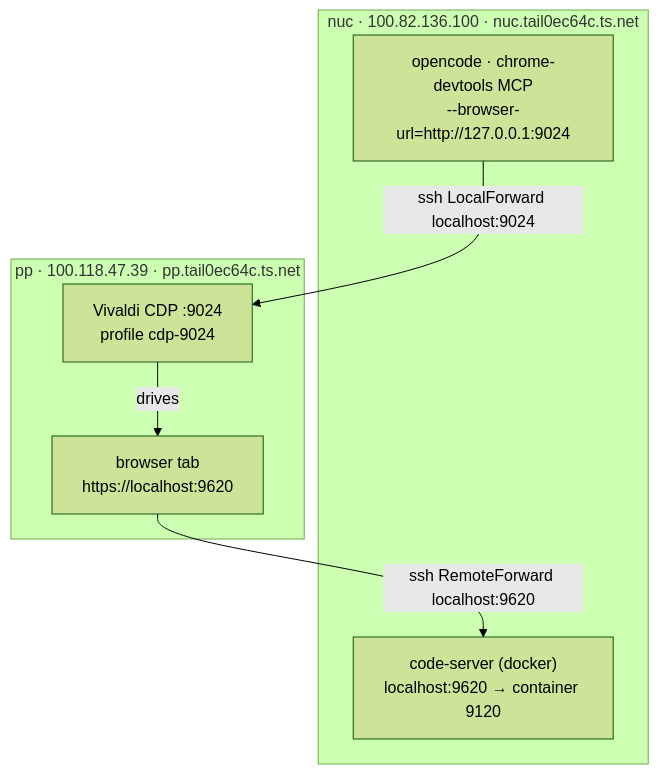
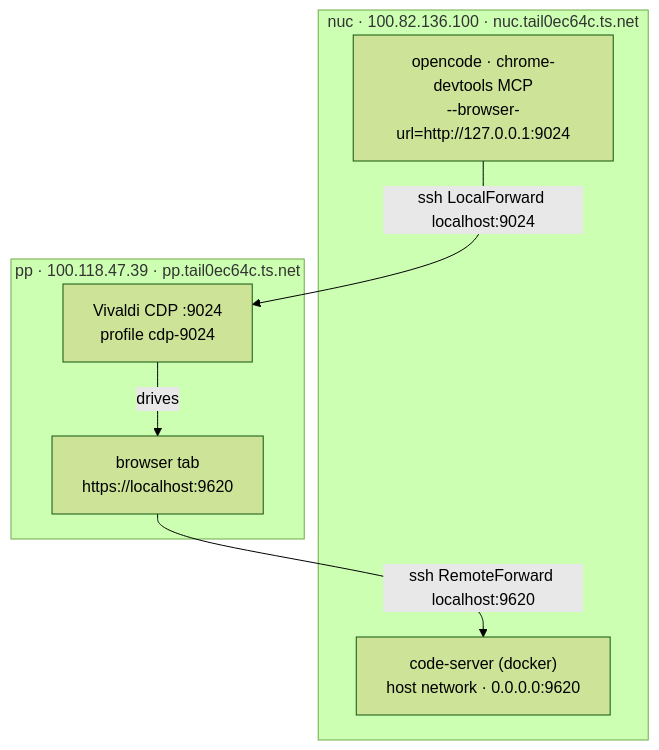
Before and after one commit to lamnguyenx/vscode-hacker-meta: the diagram in docs/important/dev-code-on-nuc-test-on-pp.md, drawn with Mermaid (forest theme). The commit also changed other lines of this file and 9 other files, not shown here.

````diff
--- a/docs/important/dev-code-on-nuc-test-on-pp.md
+++ b/docs/important/dev-code-on-nuc-test-on-pp.md
@@ -8,16 +12,16 @@
 ```mermaid
 flowchart TB
   subgraph nuc["nuc · 100.82.136.100 · nuc.tail0ec64c.ts.net"]
     mcp["opencode · chrome-devtools MCP<br/>--browser-url=http://127.0.0.1:9024"]
-    cs["code-server (docker)<br/>localhost:9620 → container 9120"]
+    cs["code-server (docker)<br/>host network · 0.0.0.0:9620"]
   end
 
   subgraph pp["pp · 100.118.47.39 · pp.tail0ec64c.ts.net"]
     cdp["Vivaldi CDP :9024<br/>profile cdp-9024"]
     tab["browser tab<br/>https://localhost:9620"]
   end
 
   mcp -->|"ssh LocalForward localhost:9024"| cdp
   cdp -->|drives| tab
   tab -->|"ssh RemoteForward localhost:9620"| cs
 ```
````
